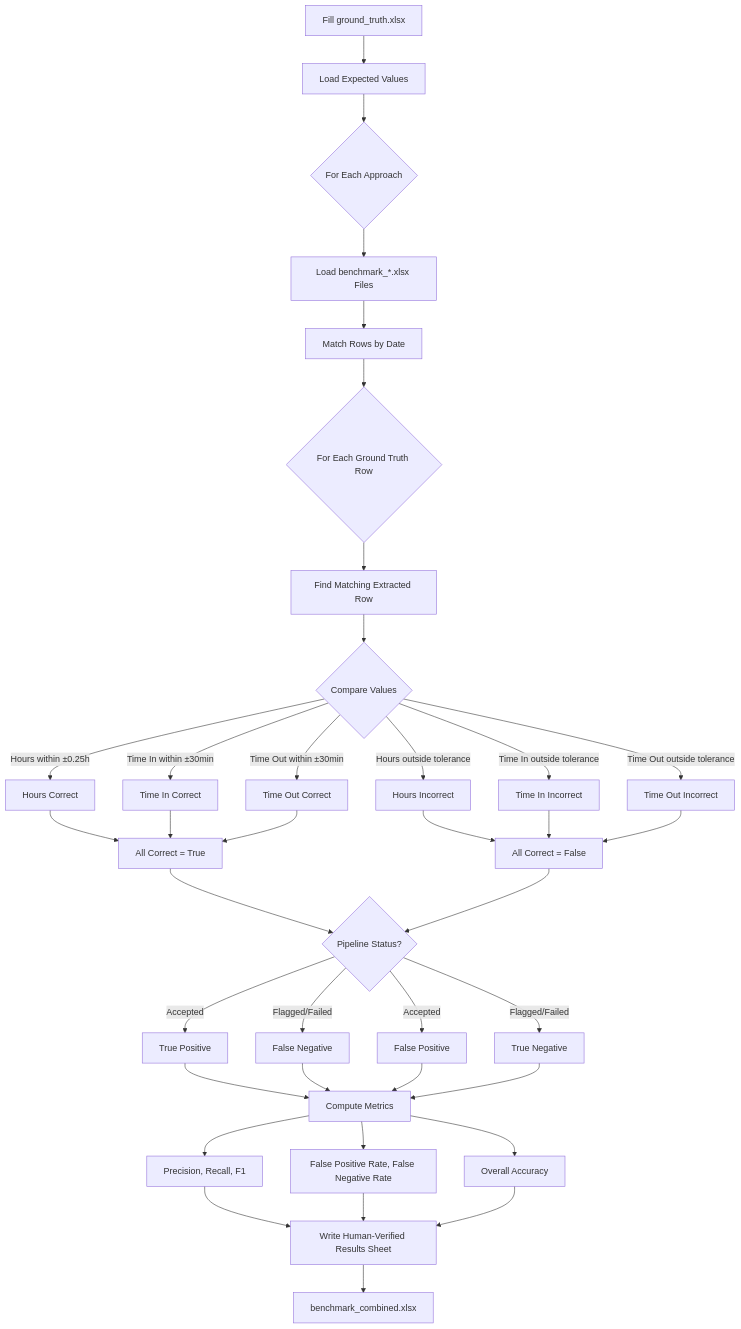
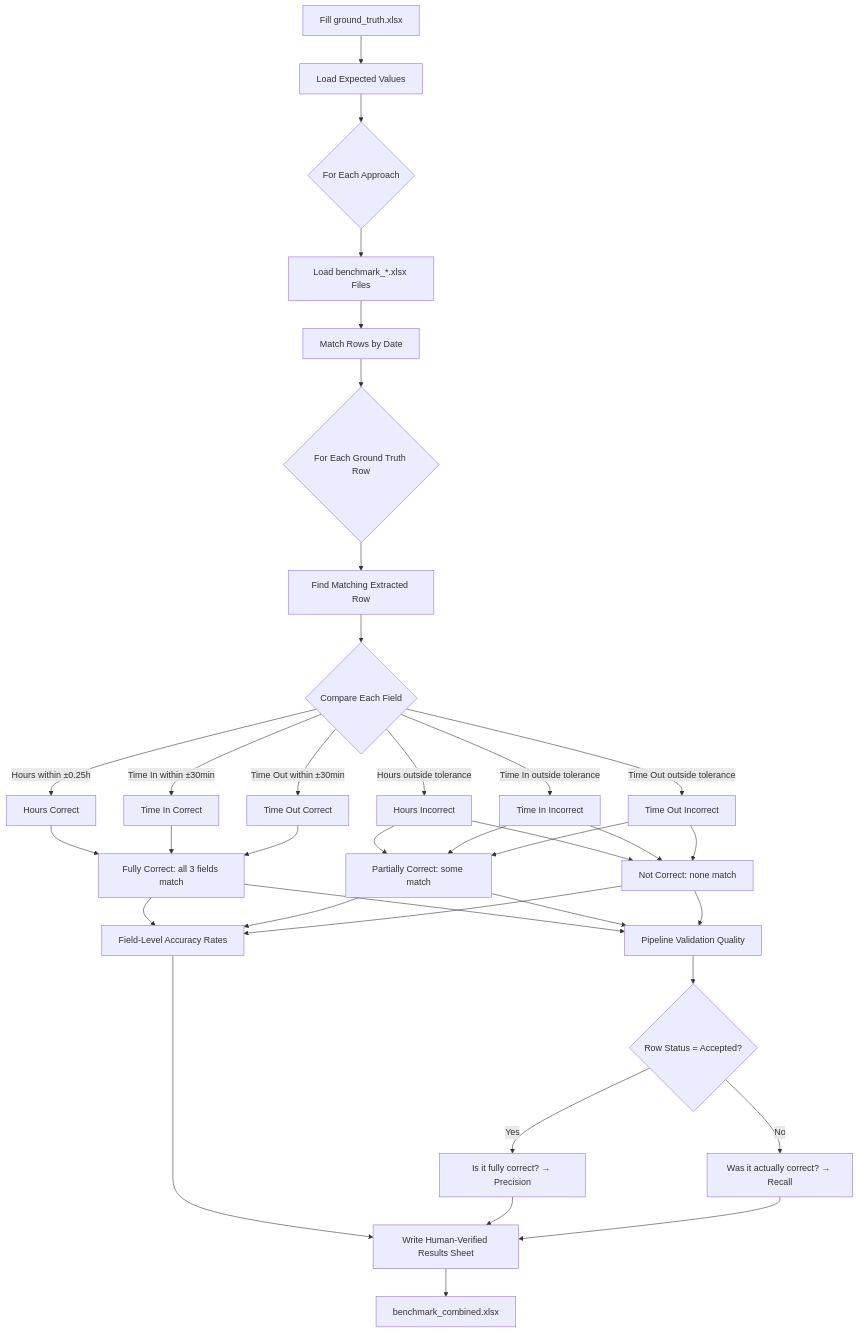
The diagram in workflows/ground_truth_comparison.md (mohitagr18/timesheet-ocr), drawn with Mermaid before and after one commit. The commit also changed other lines of this file and 3 other files, not shown here.

````diff
--- a/workflows/ground_truth_comparison.md
+++ b/workflows/ground_truth_comparison.md
@@ -11,38 +11,33 @@
 ```mermaid
 graph TD
     A[Fill ground_truth.xlsx] --> B[Load Expected Values]
     B --> C{For Each Approach}
-    
+
     C --> D[Load benchmark_*.xlsx Files]
     D --> E[Match Rows by Date]
-    
+
     E --> F{For Each Ground Truth Row}
     F --> G[Find Matching Extracted Row]
-    G --> H{Compare Values}
-    
+    G --> H{Compare Each Field}
+
     H -->|Hours within ±0.25h| I1[Hours Correct]
     H -->|Hours outside tolerance| I2[Hours Incorrect]
     H -->|Time In within ±30min| J1[Time In Correct]
     H -->|Time In outside tolerance| J2[Time In Incorrect]
     H -->|Time Out within ±30min| K1[Time Out Correct]
     H -->|Time Out outside tolerance| K2[Time Out Incorrect]
-    
-    I1 & J1 & K1 --> L1[All Correct = True]
-    I2 & J2 & K2 --> L2[All Correct = False]
-    
-    L1 --> M{Pipeline Status?}
-    L2 --> M
-    
-    M -->|Accepted| N1[True Positive]
-    M -->|Flagged/Failed| N2[False Negative]
-    M -->|Accepted| O1[False Positive]
-    M -->|Flagged/Failed| O2[True Negative]
-    
-    N1 & N2 & O1 & O2 --> P[Compute Metrics]
-    P --> Q[Precision, Recall, F1]
-    P --> R[False Positive Rate, False Negative Rate]
-    P --> S[Overall Accuracy]
-    
-    Q & R & S --> T[Write Human-Verified Results Sheet]
-    T --> U[benchmark_combined.xlsx]
+
+    I1 & J1 & K1 --> L1[Fully Correct: all 3 fields match]
+    I2 & J2 & K2 --> L2[Partially Correct: some match]
+    I2 & J2 & K2 --> L3[Not Correct: none match]
+
+    L1 & L2 & L3 --> M[Field-Level Accuracy Rates]
+    L1 & L2 & L3 --> N[Pipeline Validation Quality]
+
+    N --> O{Row Status = Accepted?}
+    O -->|Yes| P1[Is it fully correct? → Precision]
+    O -->|No| P2[Was it actually correct? → Recall]
+
+    M & P1 & P2 --> Q[Write Human-Verified Results Sheet]
+    Q --> R[benchmark_combined.xlsx]
 ```
````
